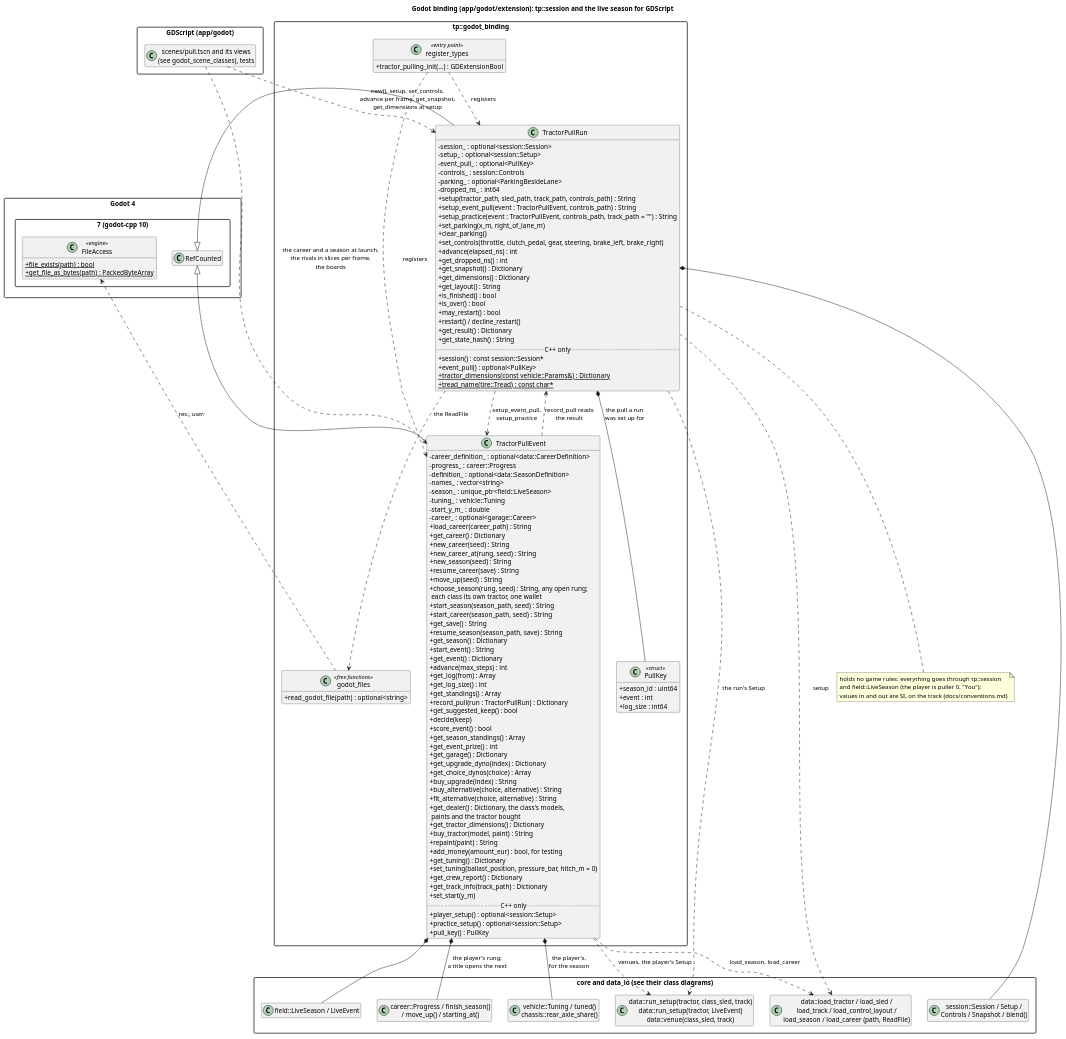
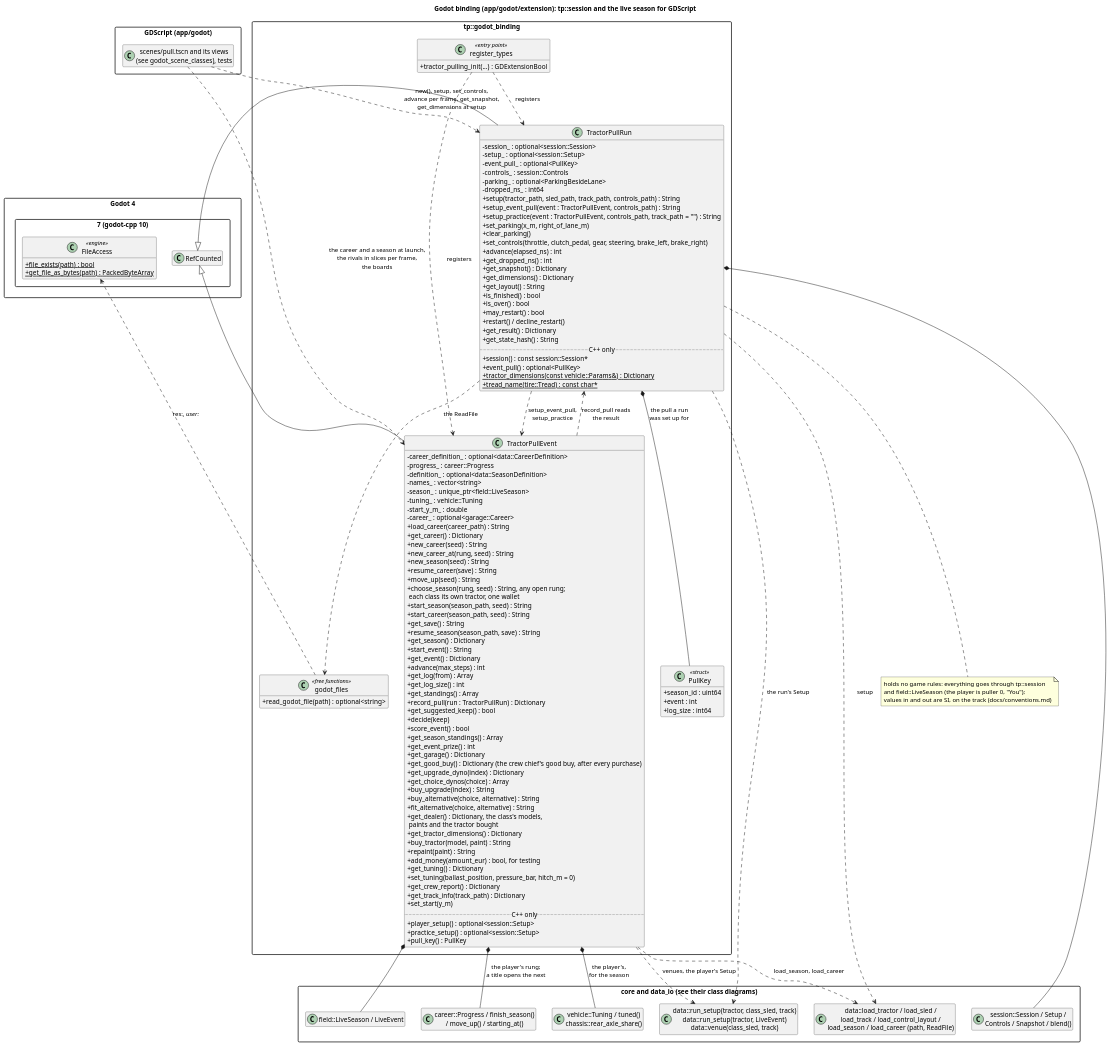
Before and after one commit to wversteeg/TractorPulling: the diagram in docs/diagrams/godot_classes.puml, drawn with PlantUML. The commit also changed 43 other files, not shown here.

First line of the commit message:
Career simulation, good buy advice and economy rebalance (#152)

```diff
--- a/docs/diagrams/godot_classes.puml
+++ b/docs/diagrams/godot_classes.puml
@@ -1,151 +1,152 @@
 @startuml godot_classes
 title Godot binding (app/godot/extension): tp::session and the live season for GDScript
 hide empty members
 skinparam packageStyle rectangle
 skinparam classAttributeIconSize 0
 
 package "Godot 4.7 (godot-cpp 10)" {
   class RefCounted
   class FileAccess <<engine>> {
     +{static} file_exists(path) : bool
     +{static} get_file_as_bytes(path) : PackedByteArray
   }
 }
 
 package "tp::godot_binding" {
   class TractorPullRun {
     -session_ : optional<session::Session>
     -setup_ : optional<session::Setup>
     -event_pull_ : optional<PullKey>
     -controls_ : session::Controls
     -parking_ : optional<ParkingBesideLane>
     -dropped_ns_ : int64
     +setup(tractor_path, sled_path, track_path, controls_path) : String
     +setup_event_pull(event : TractorPullEvent, controls_path) : String
     +setup_practice(event : TractorPullEvent, controls_path, track_path = "") : String
     +set_parking(x_m, right_of_lane_m)
     +clear_parking()
     +set_controls(throttle, clutch_pedal, gear, steering, brake_left, brake_right)
     +advance(elapsed_ns) : int
     +get_dropped_ns() : int
     +get_snapshot() : Dictionary
     +get_dimensions() : Dictionary
     +get_layout() : String
     +is_finished() : bool
     +is_over() : bool
     +may_restart() : bool
     +restart() / decline_restart()
     +get_result() : Dictionary
     +get_state_hash() : String
     ..C++ only..
     +session() : const session::Session*
     +event_pull() : optional<PullKey>
     +{static} tractor_dimensions(const vehicle::Params&) : Dictionary
     +{static} tread_name(tire::Tread) : const char*
   }
   class TractorPullEvent {
     -career_definition_ : optional<data::CareerDefinition>
     -progress_ : career::Progress
     -definition_ : optional<data::SeasonDefinition>
     -names_ : vector<string>
     -season_ : unique_ptr<field::LiveSeason>
     -tuning_ : vehicle::Tuning
     -start_y_m_ : double
     -career_ : optional<garage::Career>
     +load_career(career_path) : String
     +get_career() : Dictionary
     +new_career(seed) : String
     +new_career_at(rung, seed) : String
     +new_season(seed) : String
     +resume_career(save) : String
     +move_up(seed) : String
     +choose_season(rung, seed) : String, any open rung;\n each class its own tractor, one wallet
     +start_season(season_path, seed) : String
     +start_career(season_path, seed) : String
     +get_save() : String
     +resume_season(season_path, save) : String
     +get_season() : Dictionary
     +start_event() : String
     +get_event() : Dictionary
     +advance(max_steps) : int
     +get_log(from) : Array
     +get_log_size() : int
     +get_standings() : Array
     +record_pull(run : TractorPullRun) : Dictionary
     +get_suggested_keep() : bool
     +decide(keep)
     +score_event() : bool
     +get_season_standings() : Array
     +get_event_prize() : int
     +get_garage() : Dictionary
+    +get_good_buy() : Dictionary (the crew chief's good buy, after every purchase)
     +get_upgrade_dyno(index) : Dictionary
     +get_choice_dynos(choice) : Array
     +buy_upgrade(index) : String
     +buy_alternative(choice, alternative) : String
     +fit_alternative(choice, alternative) : String
     +get_dealer() : Dictionary, the class's models,\n paints and the tractor bought
     +get_tractor_dimensions() : Dictionary
     +buy_tractor(model, paint) : String
     +repaint(paint) : String
     +add_money(amount_eur) : bool, for testing
     +get_tuning() : Dictionary
     +set_tuning(ballast_position, pressure_bar, hitch_m = 0)
     +get_crew_report() : Dictionary
     +get_track_info(track_path) : Dictionary
     +set_start(y_m)
     ..C++ only..
     +player_setup() : optional<session::Setup>
     +practice_setup() : optional<session::Setup>
     +pull_key() : PullKey
   }
   class PullKey <<struct>> {
     +season_id : uint64
     +event : int
     +log_size : int64
   }
   TractorPullRun *-- PullKey : the pull a run\nwas set up for
   class "godot_files" as Files <<free functions>> {
     +read_godot_file(path) : optional<string>
   }
   class "register_types" as Register <<entry point>> {
     +tractor_pulling_init(...) : GDExtensionBool
   }
 }
 
 package "core and data_io (see their class diagrams)" {
   class "session::Session / Setup /\nControls / Snapshot / blend()" as Session
   class "data::load_tractor / load_sled /\nload_track / load_control_layout /\nload_season / load_career (path, ReadFile)" as Loaders
   class "data::run_setup(tractor, class_sled, track)\ndata::run_setup(tractor, LiveEvent)\ndata::venue(class_sled, track)" as RunSetup
   class "field::LiveSeason / LiveEvent" as Live
   class "career::Progress / finish_season()\n/ move_up() / starting_at()" as Career
   class "vehicle::Tuning / tuned()\nchassis::rear_axle_share()" as Tuning
 }
 
 package "GDScript (app/godot)" {
   class "scenes/pull.tscn and its views\n(see godot_scene_classes), tests" as Scripts
 }
 
 RefCounted <|-- TractorPullRun
 RefCounted <|-- TractorPullEvent
 Register ..> TractorPullRun : registers
 Register ..> TractorPullEvent : registers
 TractorPullEvent *-- Live
 TractorPullEvent *-- Tuning : the player's,\nfor the season
 TractorPullEvent ..> Loaders : load_season, load_career
 TractorPullEvent *-- Career : the player's rung;\na title opens the next
 TractorPullEvent ..> RunSetup : venues, the player's Setup
 TractorPullRun ..> TractorPullEvent : setup_event_pull,\nsetup_practice
 TractorPullEvent ..> TractorPullRun : record_pull reads\nthe result
 TractorPullRun *-- Session
 TractorPullRun ..> Loaders : setup
 TractorPullRun ..> RunSetup : the run's Setup
 TractorPullRun ..> Files : the ReadFile
 Files ..> FileAccess : res://, user://
 Scripts ..> TractorPullRun : new(), setup, set_controls,\nadvance per frame, get_snapshot,\nget_dimensions at setup
 Scripts ..> TractorPullEvent : the career and a season at launch,\nthe rivals in slices per frame,\nthe boards
 note bottom of TractorPullRun
   holds no game rules: everything goes through tp::session
   and field::LiveSeason (the player is puller 0, "You");
   values in and out are SI, on the track (docs/conventions.md)
 end note
 @enduml
```
